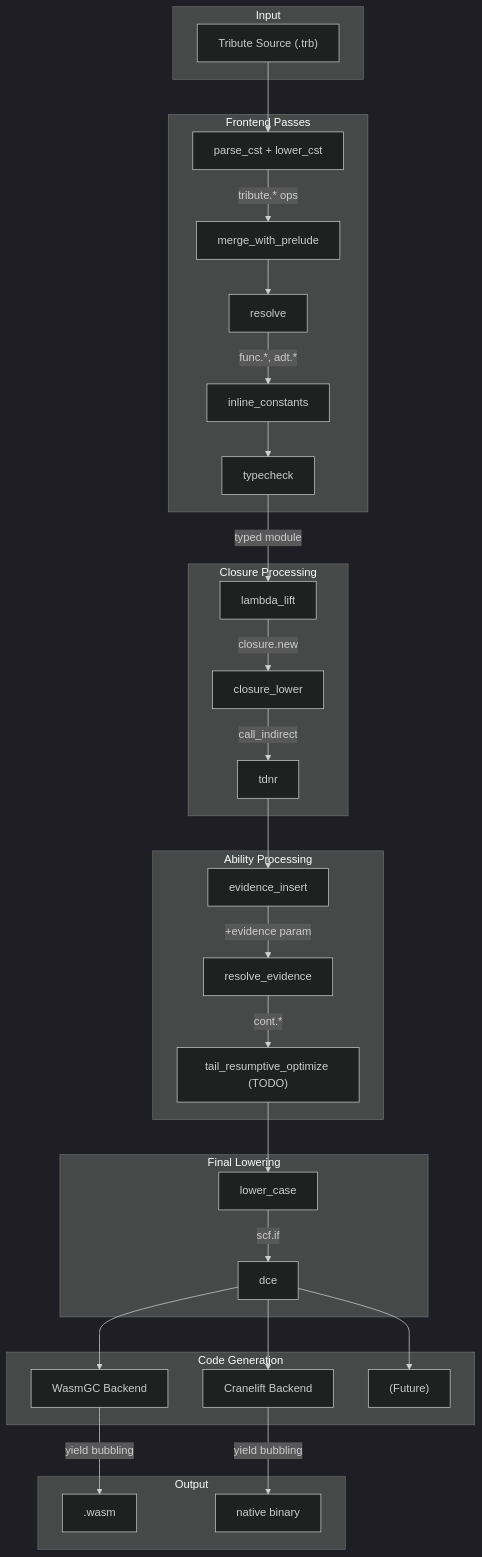
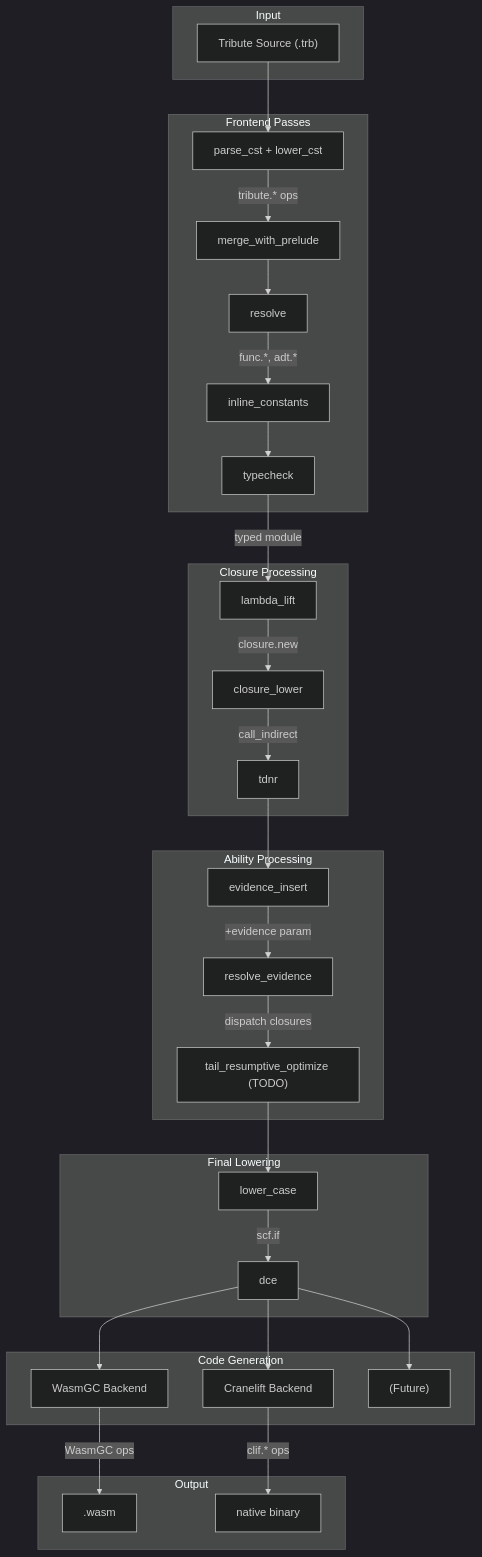
Before and after one commit to Kroisse/tribute: the diagram in new-plans/implementation.md, drawn with Mermaid (dark theme). The commit also changed other lines of this file and 7 other files, not shown here.

Commit message:
Remove obsolete WasmGC yield bubbling docs

````diff
--- a/new-plans/implementation.md
+++ b/new-plans/implementation.md
@@ -523,59 +512,59 @@
 ```mermaid
 flowchart TB
     subgraph input["Input"]
         source["Tribute Source (.trb)"]
     end
 
     subgraph frontend["Frontend Passes"]
         parse["parse_cst + lower_cst"]
         prelude["merge_with_prelude"]
         resolve["resolve"]
         const_inline["inline_constants"]
         typecheck["typecheck"]
     end
 
     subgraph closure["Closure Processing"]
         lambda_lift["lambda_lift"]
         closure_lower["closure_lower"]
         tdnr["tdnr"]
     end
 
     subgraph ability["Ability Processing"]
         evidence["evidence_insert"]
         resolve_ev["resolve_evidence"]
         tail_opt["tail_resumptive_optimize (TODO)"]
     end
 
     subgraph lowering["Final Lowering"]
         lower_case["lower_case"]
         dce["dce"]
     end
 
     subgraph backends["Code Generation"]
         wasm["WasmGC Backend"]
         cranelift["Cranelift Backend"]
         future["(Future)"]
     end
 
     subgraph output["Output"]
         wasm_bin[".wasm"]
         native["native binary"]
     end
 
     source --> parse
     parse -->|"tribute.* ops"| prelude
     prelude --> resolve
     resolve -->|"func.*, adt.*"| const_inline
     const_inline --> typecheck
     typecheck -->|"typed module"| lambda_lift
     lambda_lift -->|"closure.new"| closure_lower
     closure_lower -->|"call_indirect"| tdnr
     tdnr --> evidence
     evidence -->|"+evidence param"| resolve_ev
-    resolve_ev -->|"cont.*"| tail_opt
+    resolve_ev -->|"dispatch closures"| tail_opt
     tail_opt --> lower_case
     lower_case -->|"scf.if"| dce
     dce --> wasm & cranelift & future
-    wasm -->|"yield bubbling"| wasm_bin
-    cranelift -->|"yield bubbling"| native
+    wasm -->|"WasmGC ops"| wasm_bin
+    cranelift -->|"clif.* ops"| native
 ```
````
